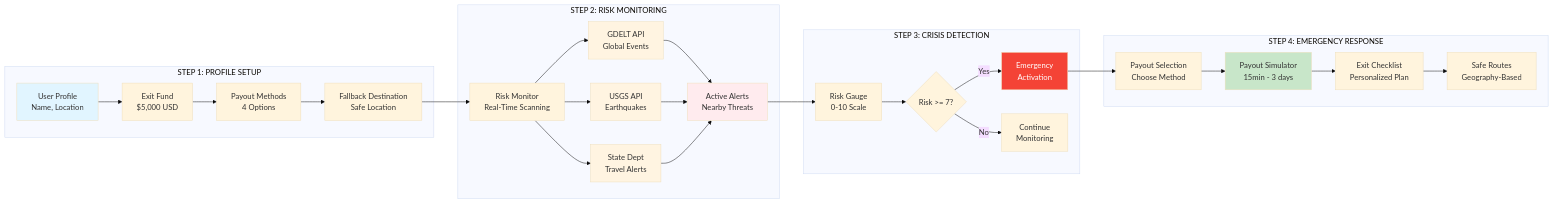
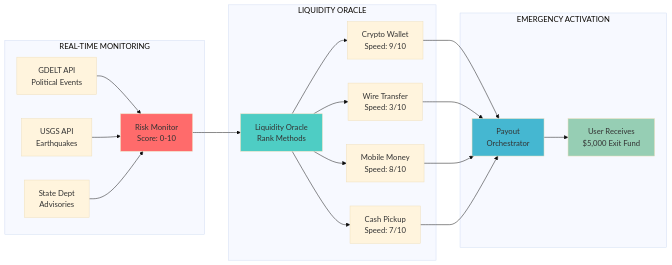
One commit to ankitlade12/SafePassage changed the first of 3 diagrams in README.md. Above: the diagram before and after it, drawn with Mermaid (base theme). The commit also changed other lines of this file and 5 other files, not shown here.

First line of the commit message:
feat: Add hackathon features - Chaos Slider, Sankey Diagram, Dead Man's Switch, Guardian Network, Shadow Banking, Crisis Packet, Proof of Reserves

````diff
--- a/README.md
+++ b/README.md
@@ -26,40 +23,29 @@
 ```mermaid
 graph LR
-subgraph "STEP 1: PROFILE SETUP"
-U[User Profile<br/>Name, Location] --> EF[Exit Fund<br/>$5,000 USD]
-EF --> PM[Payout Methods<br/>4 Options]
-PM --> FD[Fallback Destination<br/>Safe Location]
-end
+    subgraph "REAL-TIME MONITORING"
+        G[GDELT API<br/>Political Events] --> RM[Risk Monitor<br/>Score: 0-10]
+        U[USGS API<br/>Earthquakes] --> RM
+        S[State Dept<br/>Advisories] --> RM
+    end
+    
+    subgraph "LIQUIDITY ORACLE"
+        RM --> LO[Liquidity Oracle<br/>Rank Methods]
+        LO --> C[Crypto Wallet<br/>Speed: 9/10]
+        LO --> W[Wire Transfer<br/>Speed: 3/10]
+        LO --> M[Mobile Money<br/>Speed: 8/10]
+        LO --> P[Cash Pickup<br/>Speed: 7/10]
+    end
+    
+    subgraph "EMERGENCY ACTIVATION"
+        C --> PA[Payout<br/>Orchestrator]
+        W --> PA
+        M --> PA
+        P --> PA
+        PA --> USER[User Receives<br/>$5,000 Exit Fund]
+    end
 
-subgraph "STEP 2: RISK MONITORING"
-FD --> RM[Risk Monitor<br/>Real-Time Scanning]
-RM --> API1[GDELT API<br/>Global Events]
-RM --> API2[USGS API<br/>Earthquakes]
-RM --> API3[State Dept<br/>Travel Alerts]
-API1 --> AL[Active Alerts<br/>Nearby Threats]
-API2 --> AL
-API3 --> AL
-end
-
-subgraph "STEP 3: CRISIS DETECTION"
-AL --> RG[Risk Gauge<br/>0-10 Scale]
-RG --> TH{Risk >= 7?}
-TH -->|Yes| EA[Emergency<br/>Activation]
-TH -->|No| MON[Continue<br/>Monitoring]
-end
-
-subgraph "STEP 4: EMERGENCY RESPONSE"
-EA --> PS[Payout Selection<br/>Choose Method]
-PS --> SIM[Payout Simulator<br/>15min - 3 days]
-SIM --> EC[Exit Checklist<br/>Personalized Plan]
-EC --> SR[Safe Routes<br/>Geography-Based]
-end
-
-style U fill:#e1f5ff
-style AL fill:#ffebee
-style EA fill:#f44336,color:#fff
-style SIM fill:#c8e6c9
-style API1 fill:#fff4e1
-style API2 fill:#fff4e1
-style API3 fill:#fff4e1
+    style RM fill:#ff6b6b
+    style LO fill:#4ecdc4
+    style PA fill:#45b7d1
+    style USER fill:#96ceb4
 ```
````
